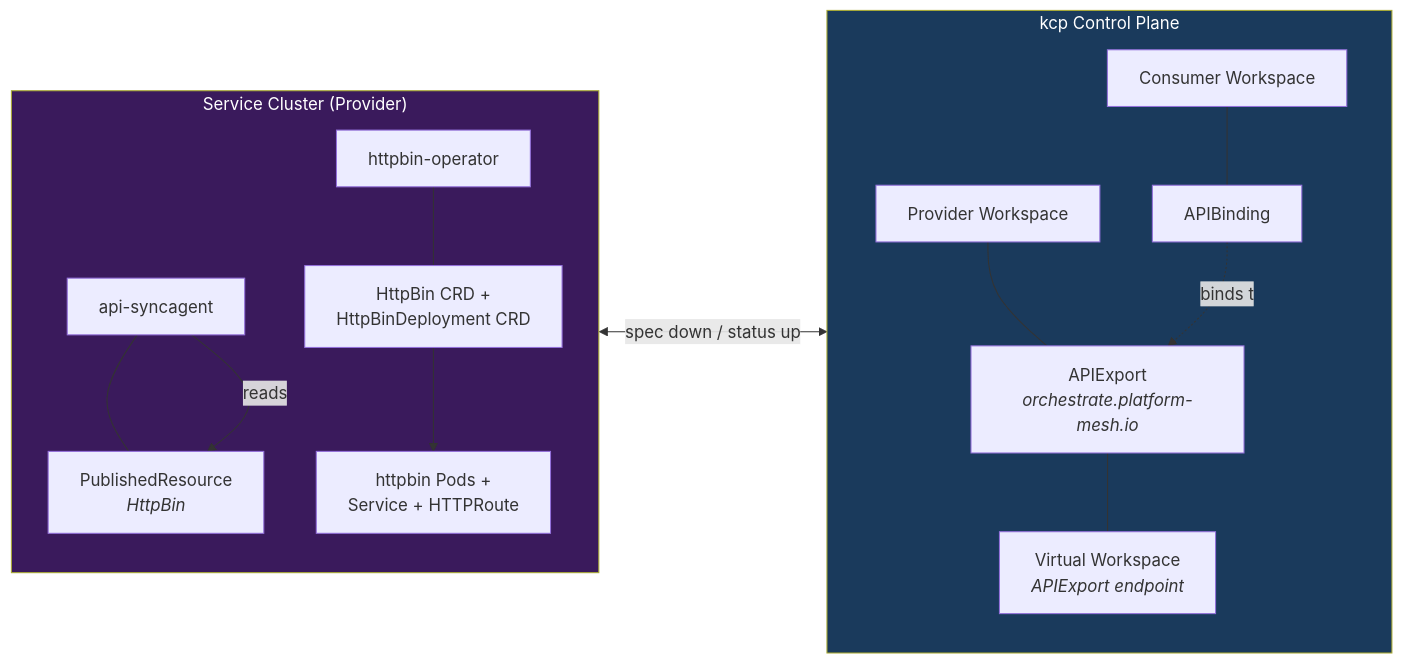
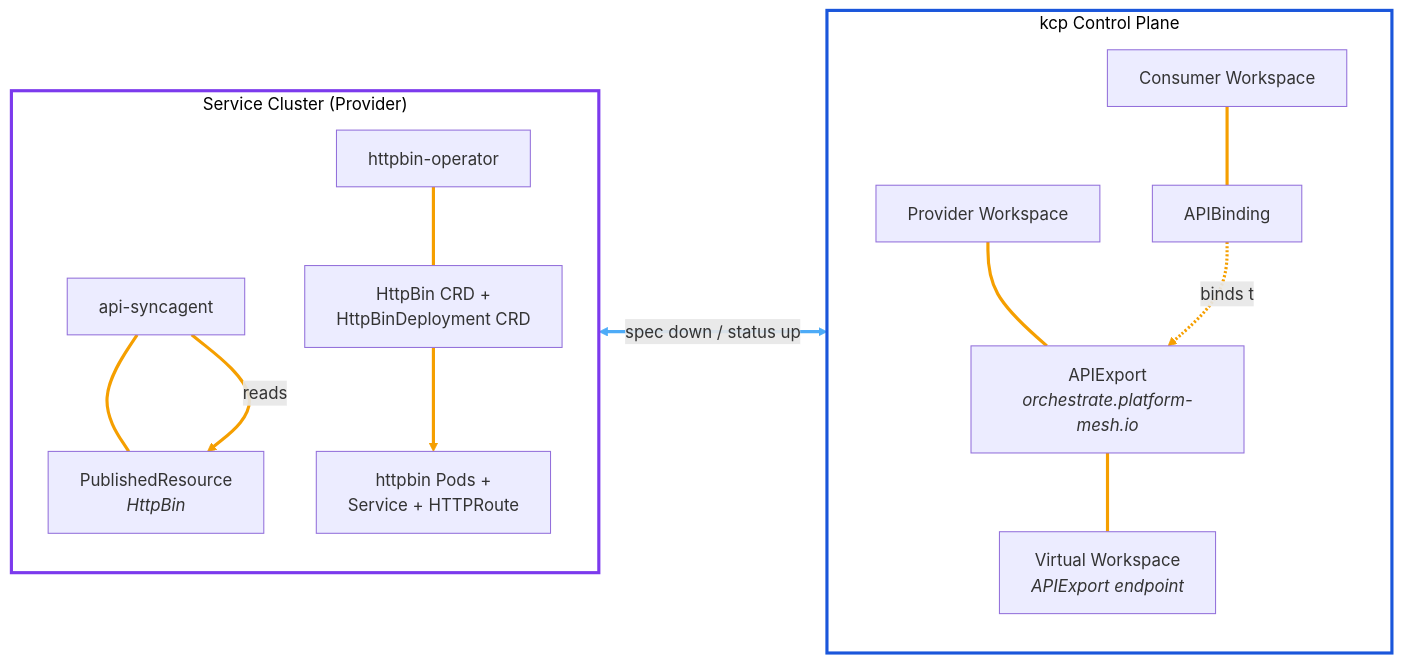
One commit to platform-mesh/platform-mesh.github.io changed the first of 2 diagrams in guides/httpbin-example.md. Above: the diagram before and after it, drawn with Mermaid. The commit also changed 12 other files, not shown here.

````diff
--- a/guides/httpbin-example.md
+++ b/guides/httpbin-example.md
@@ -24,35 +24,39 @@
 ```mermaid
 flowchart LR
     subgraph kcp["kcp Control Plane"]
         direction TB
         pw["Provider Workspace"]
         ae["APIExport<br/><i>orchestrate.platform-mesh.io</i>"]
         vw["Virtual Workspace<br/><i>APIExport endpoint</i>"]
         cw["Consumer Workspace"]
         ab["APIBinding"]
 
         pw --- ae
         ae --- vw
         cw --- ab
         ab -.binds to.-> ae
     end
 
     subgraph sc["Service Cluster (Provider)"]
         direction TB
         sa["api-syncagent"]
         pr["PublishedResource<br/><i>HttpBin</i>"]
         ctrl["httpbin-operator"]
         crd["HttpBin CRD +<br/>HttpBinDeployment CRD"]
         pods["httpbin Pods +<br/>Service + HTTPRoute"]
 
         sa --- pr
         ctrl --- crd
         crd --> pods
     end
 
     sa <-- "spec down / status up" --> vw
     sa -- "reads" --> pr
 
-    style kcp fill:#1a3a5c,color:#fff
-    style sc fill:#3a1a5c,color:#fff
+    style kcp fill:none,stroke:#1a56db,stroke-width:3px,color:inherit
+    style sc fill:none,stroke:#7c3aed,stroke-width:3px,color:inherit
+
+    linkStyle 0,1,2,3,4,5,6 stroke:#f59f00,stroke-width:3px
+    linkStyle 7 stroke:#4dabf7,stroke-width:3px
+    linkStyle 8 stroke:#f59f00,stroke-width:3px
 ```
````
